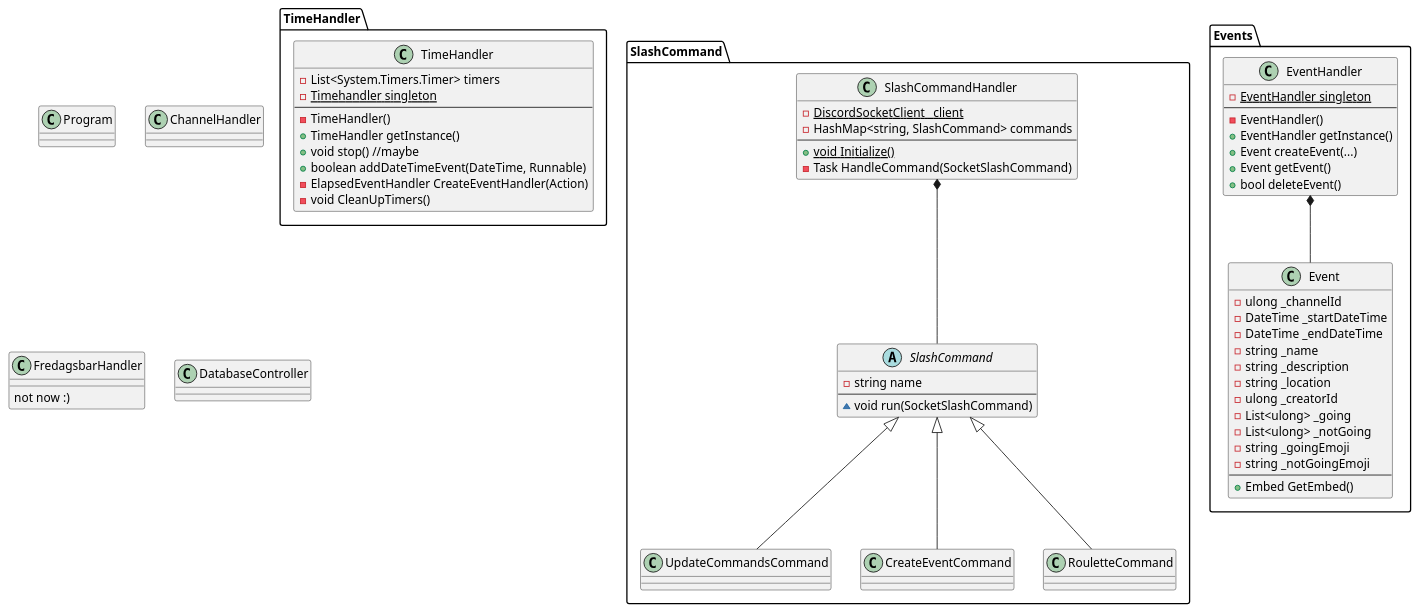
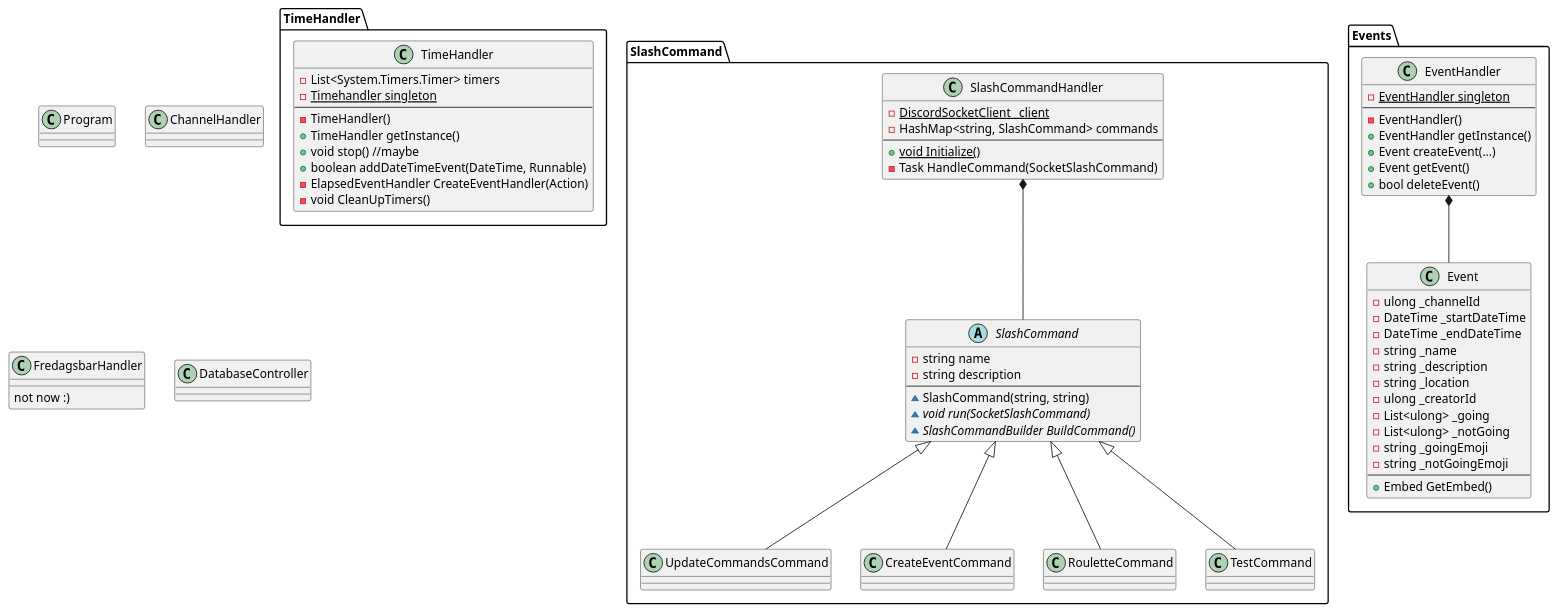
One commit to Official-Acki/fredagsbar-discord-bot changed the diagram in ClassDiagram.puml. Above: the diagram before and after it, drawn with PlantUML. The commit also changed 6 other files, not shown here.

Commit message:
Refactor SlashCommand class to include description parameter in constructor and BuildCommand method

```diff
--- a/ClassDiagram.puml
+++ b/ClassDiagram.puml
@@ -1,92 +1,98 @@
 @startuml Class diagram
 
 class Program
 
 package TimeHandler {
     class TimeHandler {
         - List<System.Timers.Timer> timers
         - {static} Timehandler singleton
         --
         - TimeHandler()
         + TimeHandler getInstance()
         + void stop() //maybe
         + boolean addDateTimeEvent(DateTime, Runnable)
         - ElapsedEventHandler CreateEventHandler(Action)
         - void CleanUpTimers()
     }
 }
 
 package SlashCommand {
     class SlashCommandHandler {
         - {static} DiscordSocketClient _client
         - HashMap<string, SlashCommand> commands
         --
         + {static} void Initialize()
         - Task HandleCommand(SocketSlashCommand)
     }
 
     abstract class SlashCommand {
         - string name
+        - string description
         --
-        ~ void run(SocketSlashCommand)
+        ~ SlashCommand(string, string)
+        ~ {abstract} void run(SocketSlashCommand)
+        ~ {abstract} SlashCommandBuilder BuildCommand()
     }
 
     class UpdateCommandsCommand
 
     class CreateEventCommand
 
     class RouletteCommand
 
-    ' class UpdateEventCommand
+    class TestCommand
+
+    ' class UpdateEventCommand  --later
 
     SlashCommandHandler *-- SlashCommand
 
     SlashCommand <|-- UpdateCommandsCommand
     SlashCommand <|-- CreateEventCommand
     SlashCommand <|-- RouletteCommand
+    SlashCommand <|-- TestCommand
 }
 
 
 class ChannelHandler
 
 class FredagsbarHandler {
     not now :)
 }
 
 package Events {
     class EventHandler {
         - {static} EventHandler singleton
         --
         - EventHandler()
         + EventHandler getInstance()
         + Event createEvent(...)
         + Event getEvent()
         ' updateEvent
         + bool deleteEvent()
     }
 
     class Event {
         - ulong _channelId
         - DateTime _startDateTime
         - DateTime _endDateTime
         - string _name
         - string _description
         - string _location
         - ulong _creatorId
         - List<ulong> _going
         - List<ulong> _notGoing
         - string _goingEmoji
         - string _notGoingEmoji
         --
         + Embed GetEmbed()
     }
 
     EventHandler *-- Event
 }
 
 class DatabaseController {
 
 }
 
 
 @enduml
```
